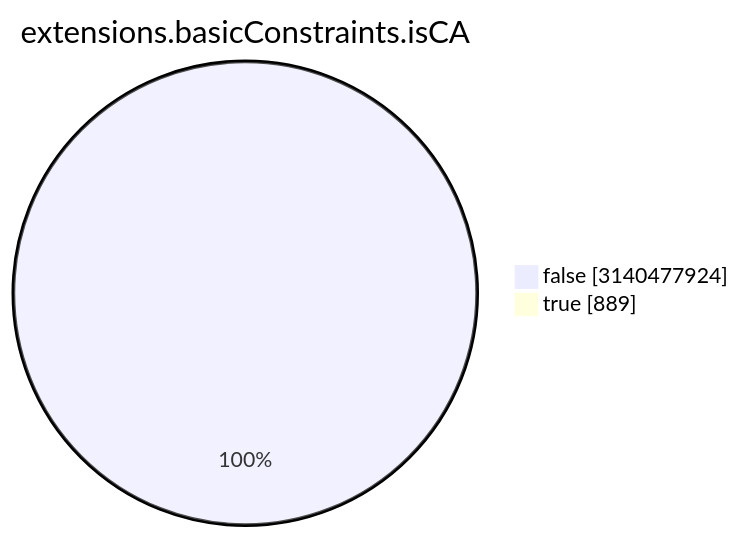
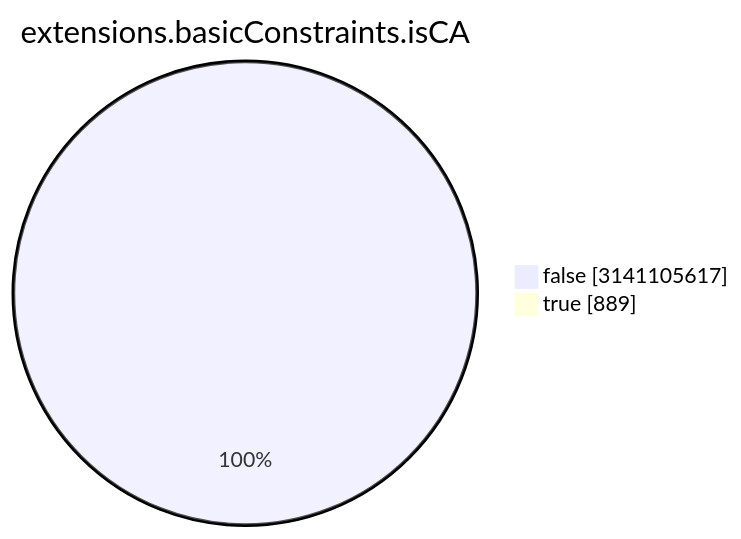
One commit to christiankrug/ctmonitor_visualization changed the seventh of 15 diagrams in TOTAL/README.md. Above: the diagram before and after it, drawn with Mermaid. The commit also changed other lines of this file, not shown here.

````diff
--- a/TOTAL/README.md
+++ b/TOTAL/README.md
@@ -3088,6 +3088,6 @@
 ```mermaid
 pie showData
 title extensions.basicConstraints.isCA
-"false" :3140477924
+"false" :3141105617
 "true" :889
 ```
````
